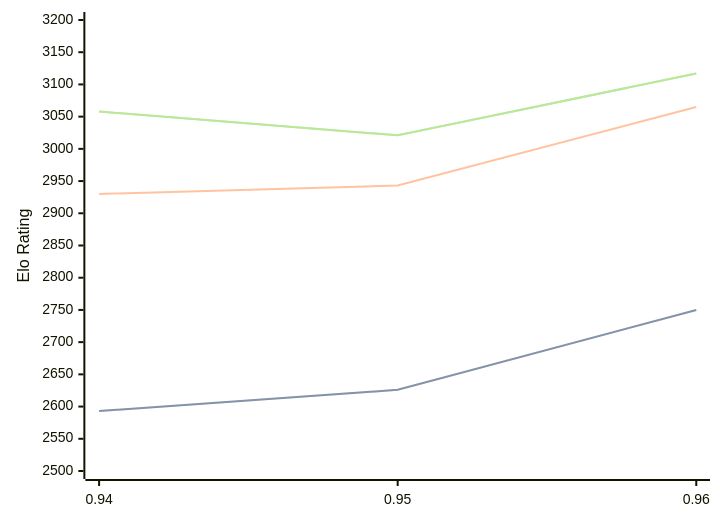
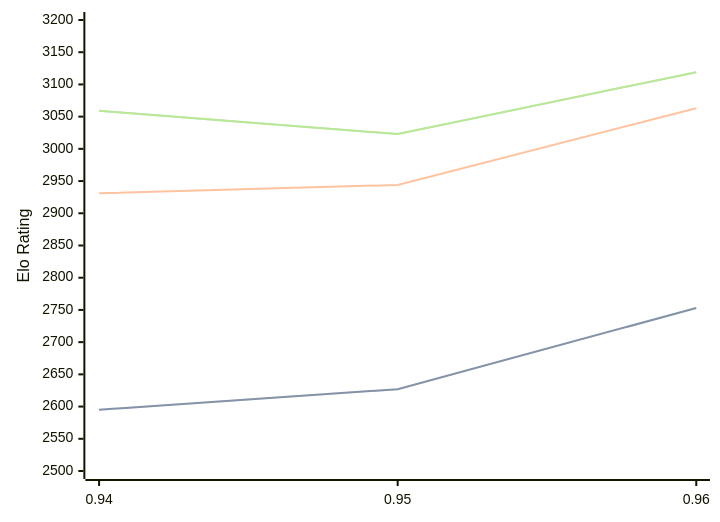
One commit to computer-chess-index/cci changed the diagram in engines/Myrddin.md. Above: the diagram before and after it, drawn with Mermaid. The commit also changed other lines of this file, not shown here.

Commit message:
Update CCI Ratings (ELO VLTC) - 2026-09-01

````diff
--- a/engines/Myrddin.md
+++ b/engines/Myrddin.md
@@ -33,11 +33,11 @@
 ```mermaid
 %%{init: {"theme":"base","themeVariables":{"seriesColors:['#a3a3a3','#222221','#faa371']}}}%%
 xychart-beta
   x-axis ["0.94", "0.95", "0.96"]
   y-axis "Elo Rating" 2500 --> 3200
-  line "" [2593, 2626, 2750]
-  line "STC (8.0+0.08s)" [2593, 2626, 2750]
-  line "LTC (60.0+0.60s)" [2930, 2943, 3065]
-  line "" [3058, 3021, 3117]
-  line "VLTC (2m24s+1.12s)" [3058, 3021, 3117]
+  line "" [2595, 2627, 2753]
+  line "STC (8.0+0.08s)" [2595, 2627, 2753]
+  line "LTC (60.0+0.60s)" [2931, 2944, 3063]
+  line "" [3059, 3023, 3119]
+  line "VLTC (2m24s+1.12s)" [3059, 3023, 3119]
 ```
````
